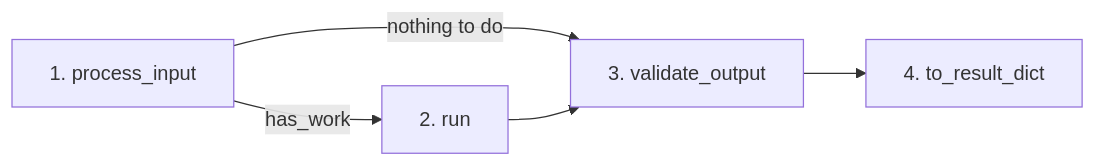
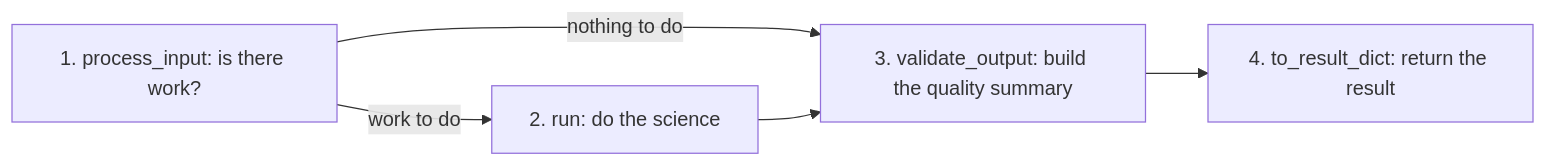
Before and after one commit to m1chae2/astrometrics: the diagram in documentation/library_design/pipelines/index.md, drawn with Mermaid. The commit also changed other lines of this file and 37 other files, not shown here.

````diff
--- a/documentation/library_design/pipelines/index.md
+++ b/documentation/library_design/pipelines/index.md
@@ -37,7 +44,7 @@
 ```mermaid
 flowchart LR
-    A["1. process_input"] -- "has_work" --> B["2. run"]
-    A -- "nothing to do" --> C["3. validate_output"]
+    A["1. process_input: is there work?"] -- "work to do" --> B["2. run: do the science"]
+    A -- "nothing to do" --> C["3. validate_output: build the quality summary"]
     B --> C
-    C --> D["4. to_result_dict"]
+    C --> D["4. to_result_dict: return the result"]
 ```
````
